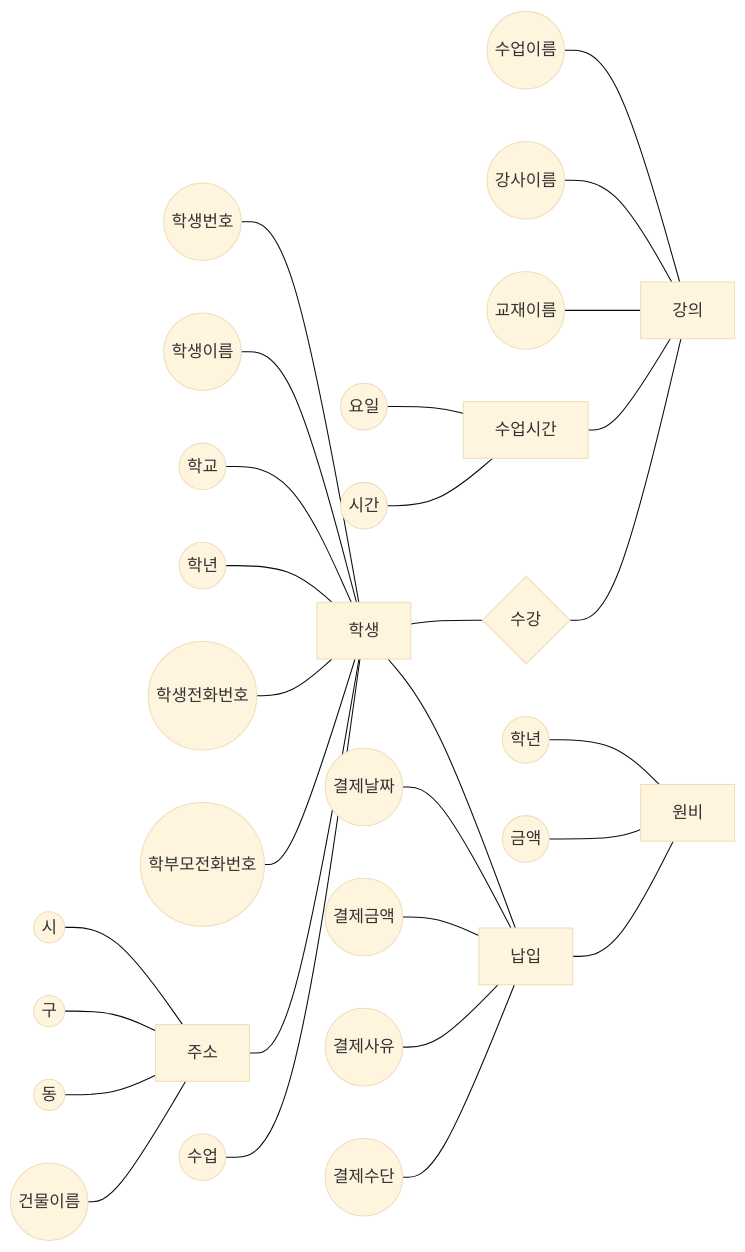
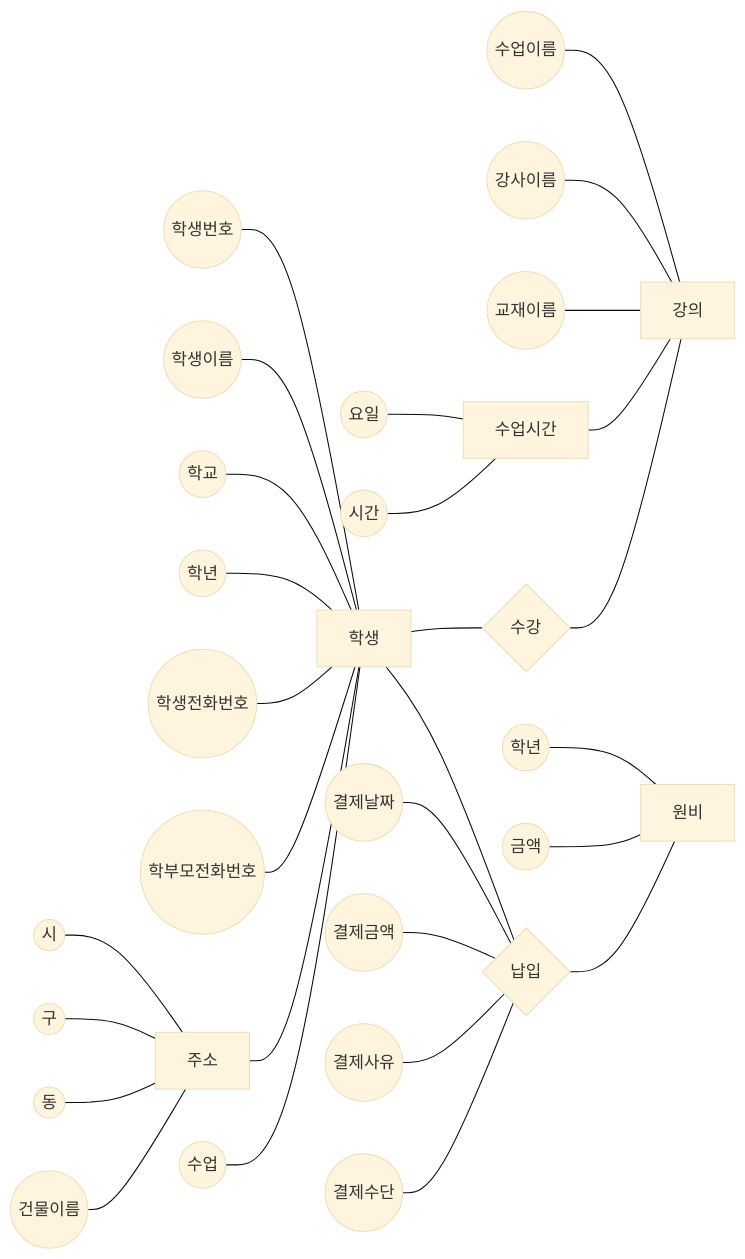
Before and after one commit to HYUUUNAKIM/DB_project: the second of 2 diagrams in README(요구사항명세서추가).md, drawn with Mermaid (base theme).

````diff
--- a/README(요구사항명세서추가).md
+++ b/README(요구사항명세서추가).md
@@ -182,31 +182,31 @@
 ```mermaid
 graph LR
 A((학생번호))---S[학생]
 B((학생이름))---S[학생]
 C((학교))---S[학생]
 D((학년))---S[학생]
 E((학생전화번호))---S[학생]
 F((학부모전화번호))---S[학생]
 G((주소))---S[학생]
 c((시))---G[주소]
 d((구))---G[주소]
 e((동))---G[주소]
 f((건물이름))---G[주소]
 H((수업))---S[학생]
 I((수업이름))---L[강의]
 K((강사이름))---L[강의]
 M((교재이름))---L[강의]
 N((수업시간))---L[강의]
 g((요일))---N[수업시간]
 h((시간))---N[수업시간]
 a((학년))---p[원비]
 b((금액))---p[원비]
 S---J{수강}
 J---L[강의]
 S---P{납입}
 P---p[원비]
-i((결제날짜))---P[납입]
-j((결제금액))---P[납입]
-k((결제사유))---P[납입]
-l((결제수단))---P[납입]
+i((결제날짜))---P{납입}
+j((결제금액))---P{납입}
+k((결제사유))---P{납입}
+l((결제수단))---P{납입}
 ```
````
